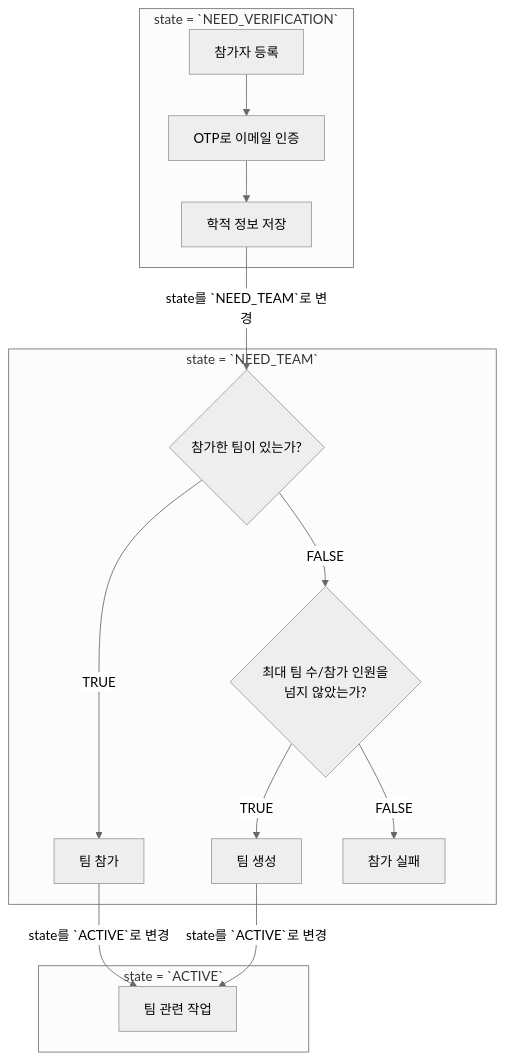
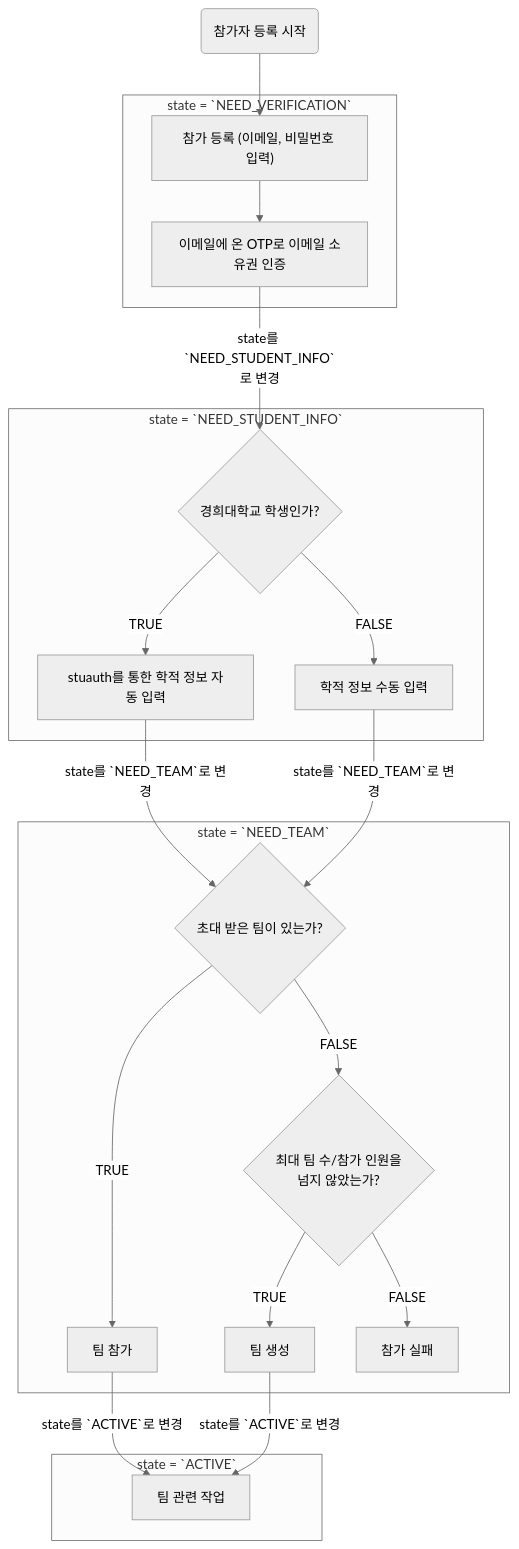
One commit to khu-khlug/khuthon-backend changed the diagram in docs/register-flowchart.md. Above: the diagram before and after it, drawn with Mermaid (neutral theme).

Commit message:
docs: 플로우 차트 최신화

````diff
--- a/docs/register-flowchart.md
+++ b/docs/register-flowchart.md
@@ -5,30 +5,41 @@
 ```mermaid
 flowchart TB
+  create-member("참가자 등록 시작")
+
   subgraph "state = `NEED_VERIFICATION`"
-  create-member["참가자 등록"]
-  email-verify["OTP로 이메일 인증"]
-  input-student-info["학적 정보 저장"]
+	register["참가 등록 (이메일, 비밀번호 입력)"]
+  email-verify["이메일에 온 OTP로 이메일 소유권 인증"]
+  end
+
+  subgraph "state = `NEED_STUDENT_INFO`"
+	isKHU{"경희대학교 학생인가?"}
+	stuauth["stuauth를 통한 학적 정보 자동 입력"]
+  input-student-info["학적 정보 수동 입력"]
   end
 
   subgraph "state = `NEED_TEAM`"
-  has-team{"참가한 팀이 있는가?"}
+  has-team{"초대 받은 팀이 있는가?"}
   is-max-participant-exceeded{"최대 팀 수/참가 인원을\n넘지 않았는가?"}
   create-team["팀 생성"]
   participate-team["팀 참가"]
   participant-failed["참가 실패"]
   end
 
   subgraph "state = `ACTIVE`"
   team-works["팀 관련 작업"]
   end
 
-  create-member-->email-verify
-  email-verify-->input-student-info
+  create-member-->register
+	register-->email-verify
+  email-verify-->|"state를 `NEED_STUDENT_INFO`로 변경"|isKHU
+	isKHU-->|"TRUE"|stuauth
+	isKHU-->|"FALSE"|input-student-info
+	stuauth-->|"state를 `NEED_TEAM`로 변경"|has-team
   input-student-info-->|"state를 `NEED_TEAM`로 변경"|has-team
   has-team-->|"TRUE"|participate-team
   has-team-->|"FALSE"|is-max-participant-exceeded
   is-max-participant-exceeded-->|"TRUE"|create-team
   is-max-participant-exceeded-->|"FALSE"|participant-failed
   create-team-->|"state를 `ACTIVE`로 변경"|team-works
   participate-team-->|"state를 `ACTIVE`로 변경"|team-works
 ```
````
